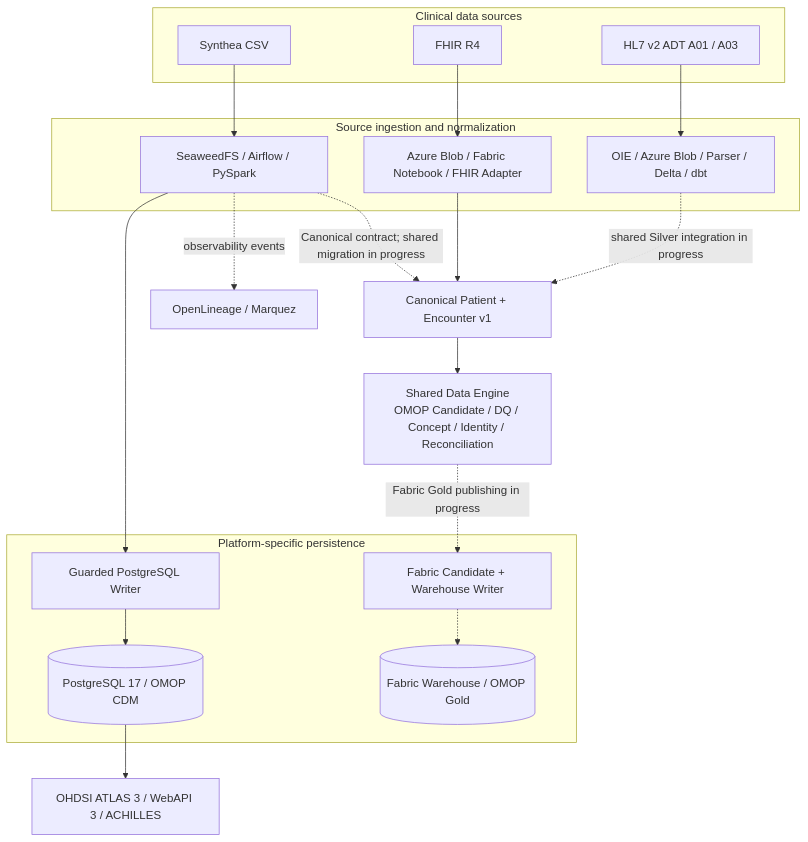
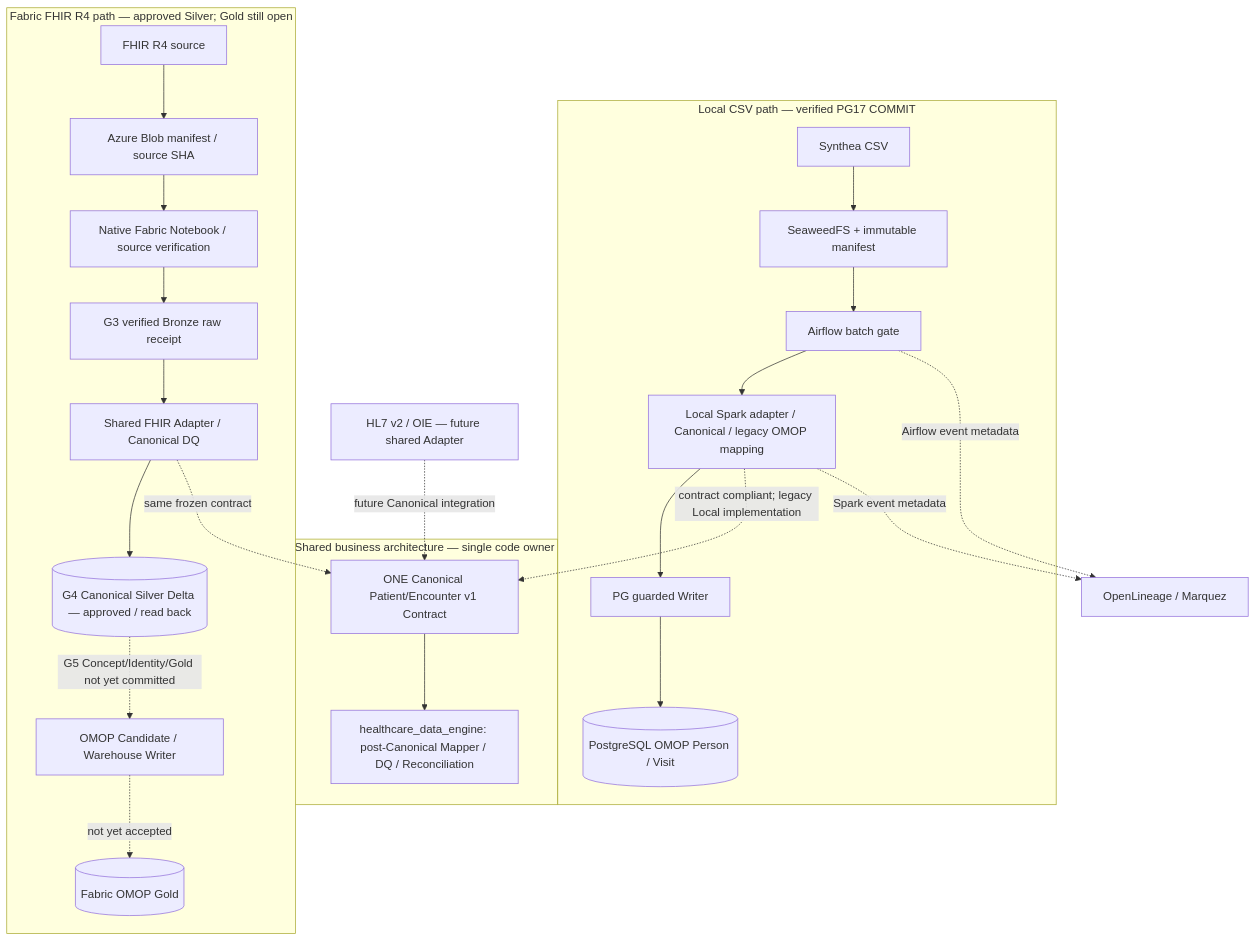
One commit to JohnZhang-DataForge/healthcare-data-platform changed the diagram in README.md. Above: the diagram before and after it, drawn with Mermaid. The commit also changed other lines of this file, not shown here.

````diff
--- a/README.md
+++ b/README.md
@@ -22,39 +49,28 @@
 ```mermaid
 flowchart TB
-    subgraph SOURCES["Clinical data sources"]
-        CSV["Synthea CSV"]
-        FHIR["FHIR R4"]
-        HL7["HL7 v2 ADT A01 / A03"]
+    subgraph LOCAL["Local CSV path — verified PG17 COMMIT"]
+        CSV["Synthea CSV"] --> S3["SeaweedFS + immutable manifest"]
+        S3 --> AF["Airflow batch gate"] --> LSP["Local Spark adapter / Canonical / legacy OMOP mapping"]
+        LSP --> PGW["PG guarded Writer"] --> PG[("PostgreSQL OMOP Person / Visit")]
     end
 
-    subgraph INGEST["Source ingestion and normalization"]
-        LOCAL["SeaweedFS / Airflow / PySpark"]
-        FHIRAD["Azure Blob / Fabric Notebook / FHIR Adapter"]
-        HL7AD["OIE / Azure Blob / Parser / Delta / dbt"]
+    subgraph FABRIC["Fabric FHIR R4 path — approved Silver; Gold still open"]
+        FHIR["FHIR R4 source"] --> BLOB["Azure Blob manifest / source SHA"]
+        BLOB --> NB["Native Fabric Notebook / source verification"]
+        NB --> BRONZE["G3 verified Bronze raw receipt"] --> FAD["Shared FHIR Adapter / Canonical DQ"] --> SILVER[("G4 Canonical Silver Delta — approved / read back")]
+        SILVER -. "G5 Concept/Identity/Gold not yet committed" .-> CAND["OMOP Candidate / Warehouse Writer"] 
+        CAND -. "not yet accepted" .-> DW[("Fabric OMOP Gold")]
     end
 
-    CAN["Canonical Patient + Encounter v1"]
-    ENGINE["Shared Data Engine<br/>OMOP Candidate / DQ / Concept / Identity / Reconciliation"]
-
-    subgraph PUBLISH["Platform-specific persistence"]
-        PGW["Guarded PostgreSQL Writer"]
-        FBW["Fabric Candidate + Warehouse Writer"]
-        PG[("PostgreSQL 17 / OMOP CDM")]
-        FW[("Fabric Warehouse / OMOP Gold")]
+    subgraph SHARED["Shared business architecture — single code owner"]
+        CONTRACT["ONE Canonical Patient/Encounter v1 Contract"]
+        ENGINE["healthcare_data_engine: post-Canonical Mapper / DQ / Reconciliation"]
+        CONTRACT --> ENGINE
     end
 
-    ATLAS["OHDSI ATLAS 3 / WebAPI 3 / ACHILLES"]
-    LIN["OpenLineage / Marquez"]
-
-    CSV --> LOCAL
-    FHIR --> FHIRAD
-    HL7 --> HL7AD
-    LOCAL --> PGW --> PG --> ATLAS
-    LOCAL -. "Canonical contract; shared migration in progress" .-> CAN
-    FHIRAD --> CAN
-    HL7AD -. "shared Silver integration in progress" .-> CAN
-    CAN --> ENGINE
-    ENGINE -. "Fabric Gold publishing in progress" .-> FBW
-    FBW -.-> FW
-    LOCAL -. "observability events" .-> LIN
+    LSP -. "contract compliant; legacy Local implementation" .-> CONTRACT
+    FAD -. "same frozen contract" .-> CONTRACT
+    AF -. "Airflow event metadata" .-> LINEAGE["OpenLineage / Marquez"]
+    LSP -. "Spark event metadata" .-> LINEAGE
+    HL7["HL7 v2 / OIE — future shared Adapter"] -. "future Canonical integration" .-> CONTRACT
 ```
````
